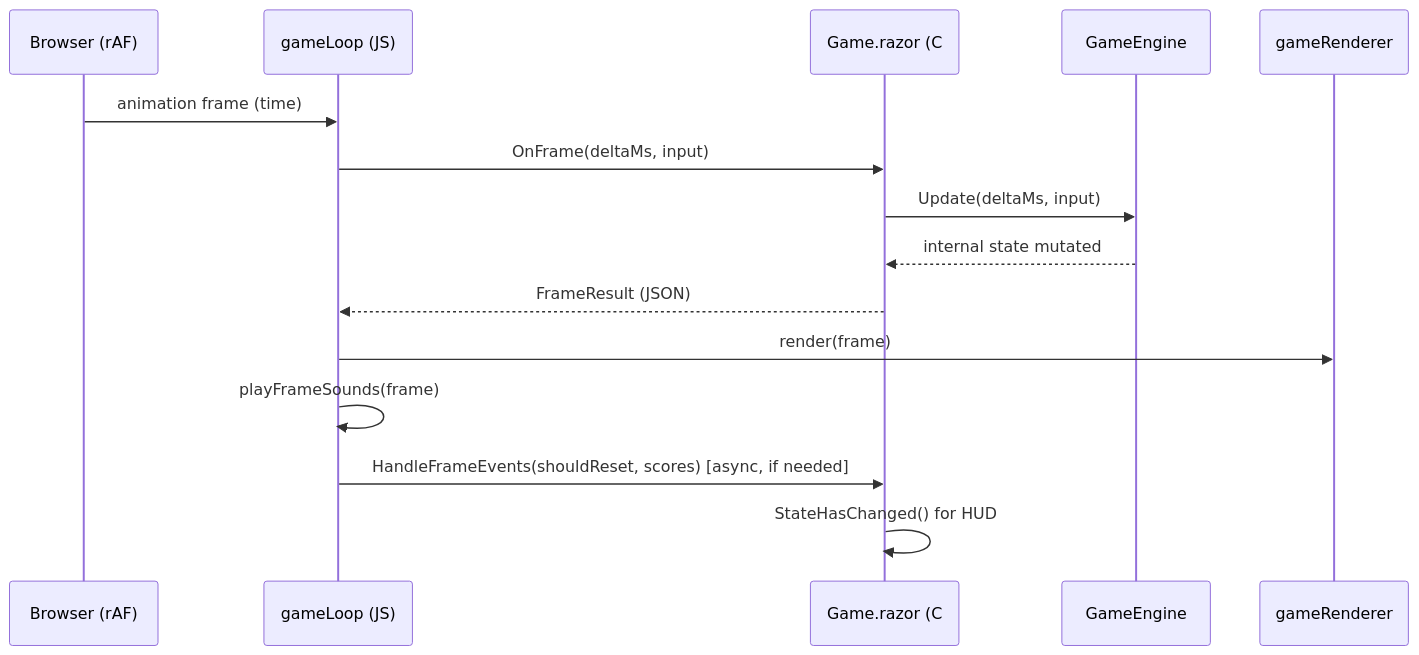
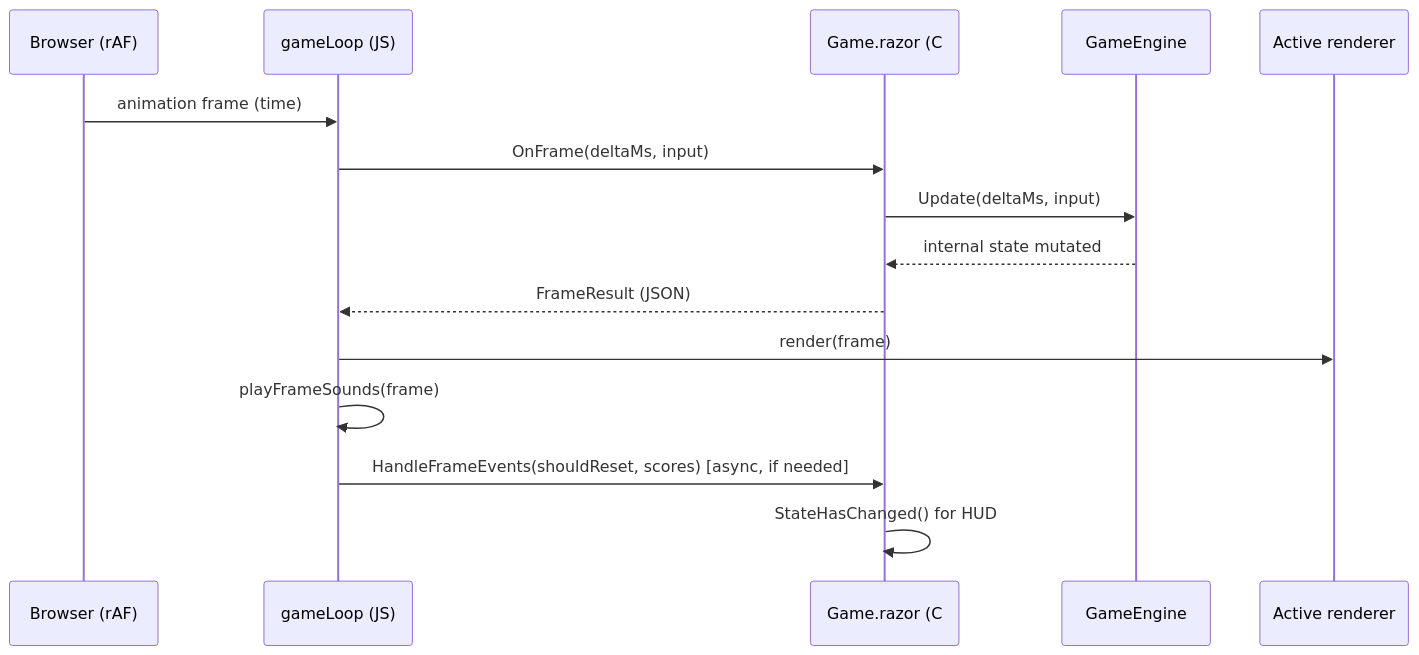
The third of 4 diagrams in ARCHITECTURE.md (psoszynski/asteroids_blazor), drawn with Mermaid before and after one commit. The commit also changed other lines of this file and 48 other files, not shown here.

````diff
--- a/ARCHITECTURE.md
+++ b/ARCHITECTURE.md
@@ -120,18 +142,18 @@
 ```mermaid
 sequenceDiagram
     participant Browser as Browser (rAF)
     participant JS as gameLoop (JS)
     participant CSharp as Game.razor (C#)
     participant Engine as GameEngine
-    participant Canvas as gameRenderer
+    participant Canvas as Active renderer
 
     Browser->>JS: animation frame (time)
     JS->>CSharp: OnFrame(deltaMs, input)
     CSharp->>Engine: Update(deltaMs, input)
     Engine-->>CSharp: internal state mutated
     CSharp-->>JS: FrameResult (JSON)
     JS->>Canvas: render(frame)
     JS->>JS: playFrameSounds(frame)
     JS->>CSharp: HandleFrameEvents(shouldReset, scores) [async, if needed]
     CSharp->>CSharp: StateHasChanged() for HUD
 ```
````
